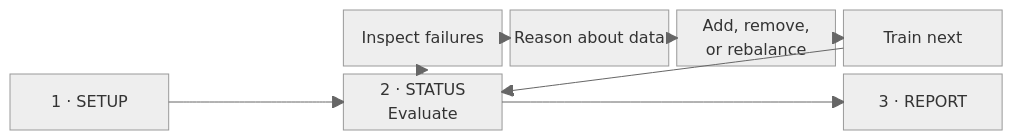
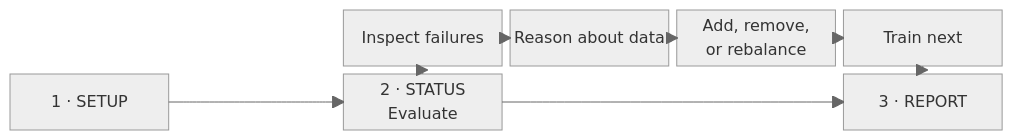
Before and after one commit to yafitzdev/encoder-gym: the diagram in README.md, drawn with Mermaid (neutral theme).

````diff
--- a/README.md
+++ b/README.md
@@ -105,15 +105,15 @@
 ```mermaid
 block-beta
     columns 6
 
     space:2 inspect["Inspect failures"] reason["Reason about data"] curate["Add, remove,<br/>or rebalance"] train["Train next"]
     setup["1 · SETUP"] space evaluate["2 · STATUS<br/>Evaluate"] space:2 report["3 · REPORT"]
 
     setup --> evaluate
     evaluate --> report
     evaluate --> inspect
     inspect --> reason
     reason --> curate
     curate --> train
-    train --> evaluate
+    train --> report
 ```
````
